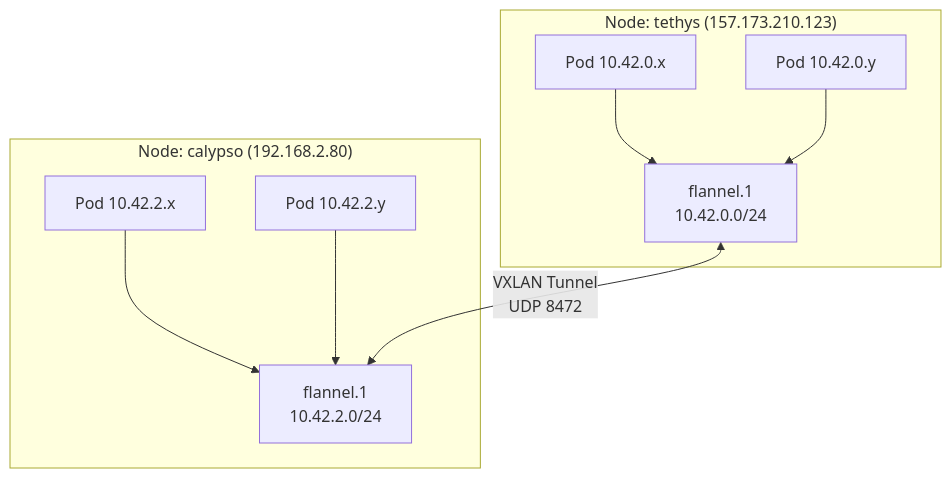
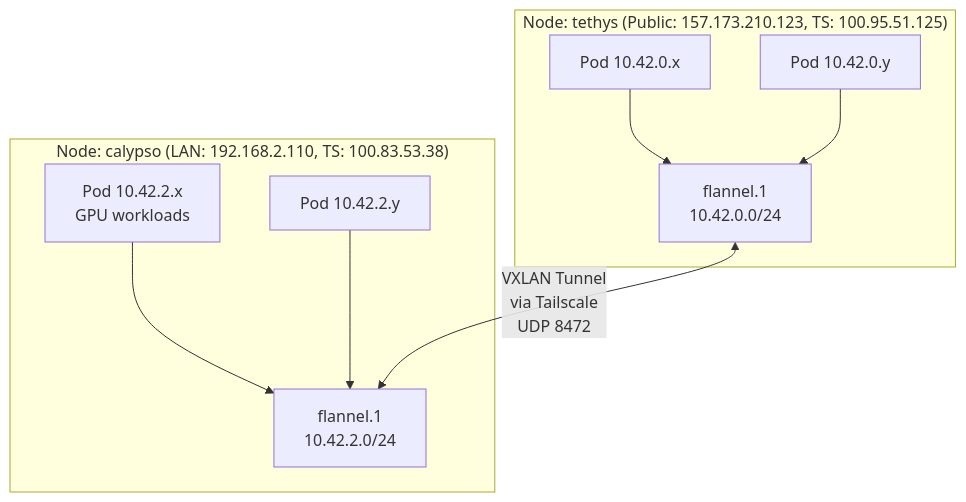
One commit to goldfish-inc/deepseek-ocr-vllm changed the third of 16 diagrams in docs/architecture/NETWORK_ARCHITECTURE.md. Above: the diagram before and after it, drawn with Mermaid. The commit also changed other lines of this file and 2 other files, not shown here.

First line of the commit message:
docs: update architecture for calypso as K3s cluster member

````diff
--- a/docs/architecture/NETWORK_ARCHITECTURE.md
+++ b/docs/architecture/NETWORK_ARCHITECTURE.md
@@ -115,21 +123,21 @@
 ```mermaid
 graph TB
-    subgraph "Node: tethys (157.173.210.123)"
+    subgraph "Node: tethys (Public: 157.173.210.123, TS: 100.95.51.125)"
         TPOD1[Pod 10.42.0.x]
         TPOD2[Pod 10.42.0.y]
         TFLANNEL[flannel.1<br/>10.42.0.0/24]
     end
 
-    subgraph "Node: calypso (192.168.2.80)"
-        CPOD1[Pod 10.42.2.x]
+    subgraph "Node: calypso (LAN: 192.168.2.110, TS: 100.83.53.38)"
+        CPOD1[Pod 10.42.2.x<br/>GPU workloads]
         CPOD2[Pod 10.42.2.y]
         CFLANNEL[flannel.1<br/>10.42.2.0/24]
     end
 
     TPOD1 --> TFLANNEL
     TPOD2 --> TFLANNEL
     CPOD1 --> CFLANNEL
     CPOD2 --> CFLANNEL
 
-    TFLANNEL <-->|VXLAN Tunnel<br/>UDP 8472| CFLANNEL
+    TFLANNEL <-->|VXLAN Tunnel<br/>via Tailscale<br/>UDP 8472| CFLANNEL
 ```
````
